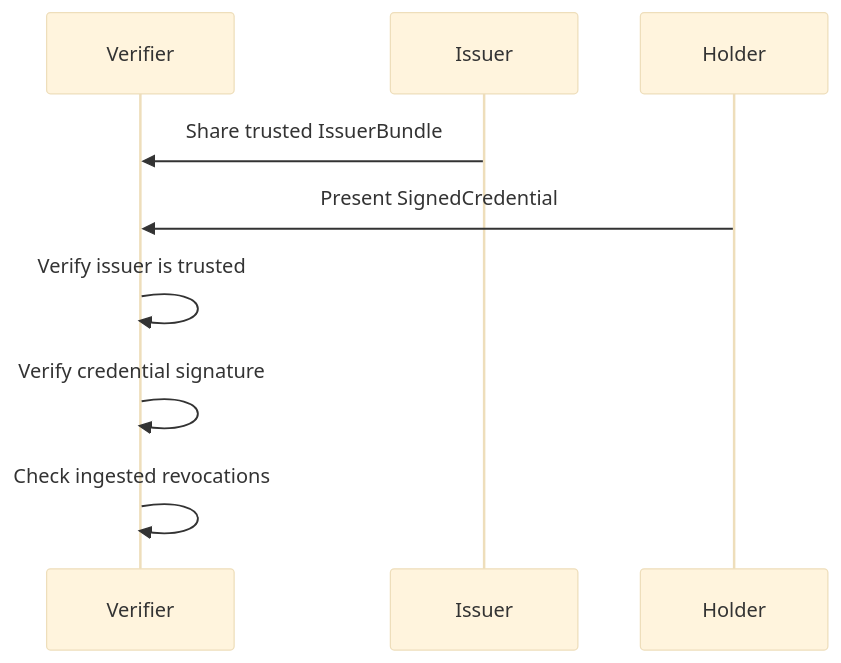
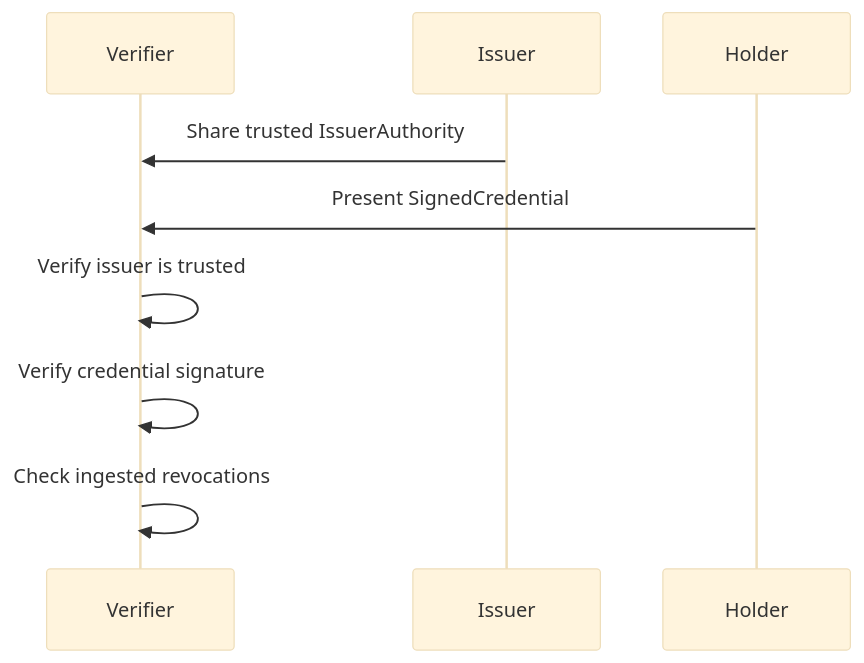
Before and after one commit to fedibtc/credential-sdk: the second of 3 diagrams in docs/protocol-flow.md, drawn with Mermaid (base theme). The commit also changed other lines of this file and 28 other files, not shown here.

Commit message:
Rename issuer bundle terminology to issuer authority

````diff
--- a/docs/protocol-flow.md
+++ b/docs/protocol-flow.md
@@ -29,12 +29,12 @@
 ```mermaid
 sequenceDiagram
   participant V as Verifier
   participant I as Issuer
   participant H as Holder
 
-  I->>V: Share trusted IssuerBundle
+  I->>V: Share trusted IssuerAuthority
   H->>V: Present SignedCredential
   V->>V: Verify issuer is trusted
   V->>V: Verify credential signature
   V->>V: Check ingested revocations
 ```
````
